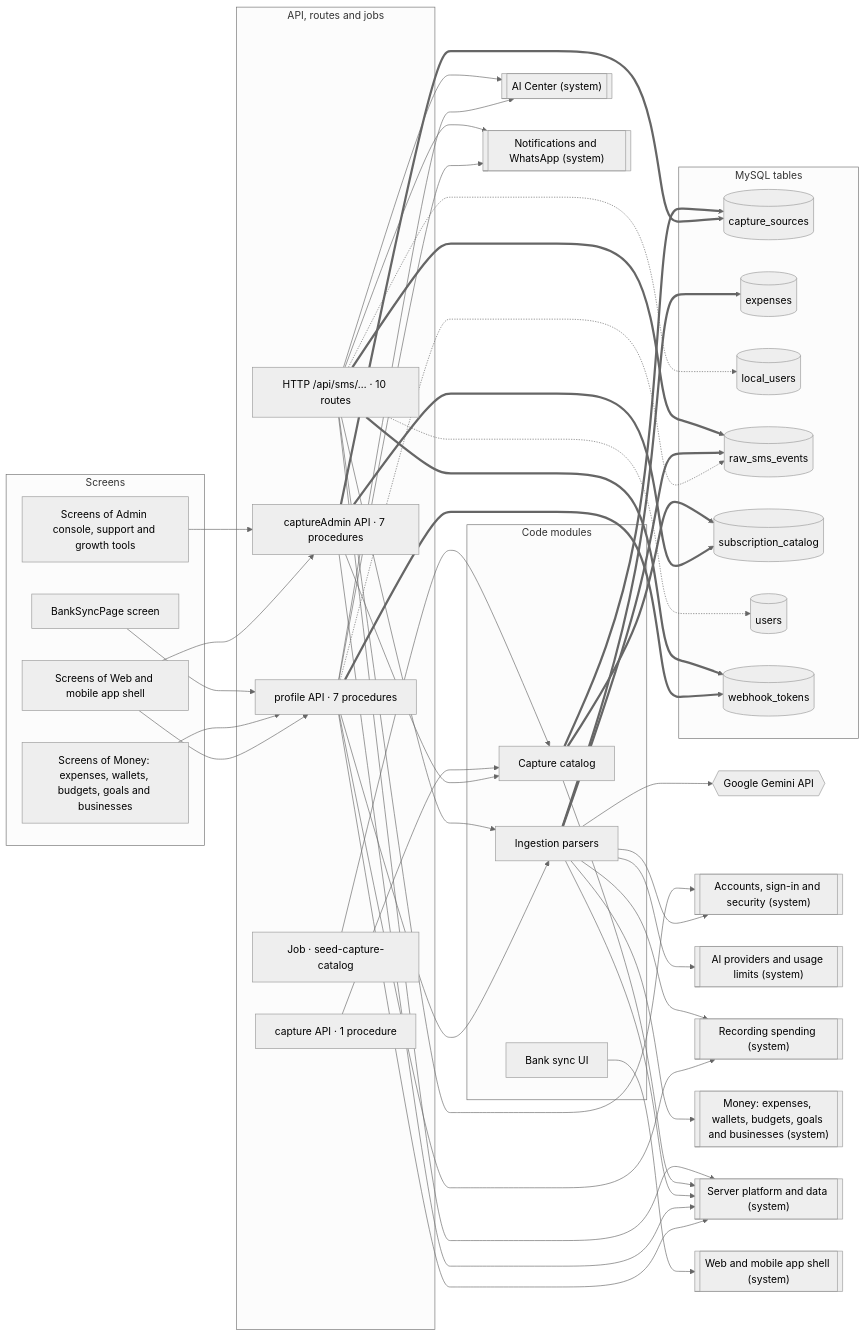
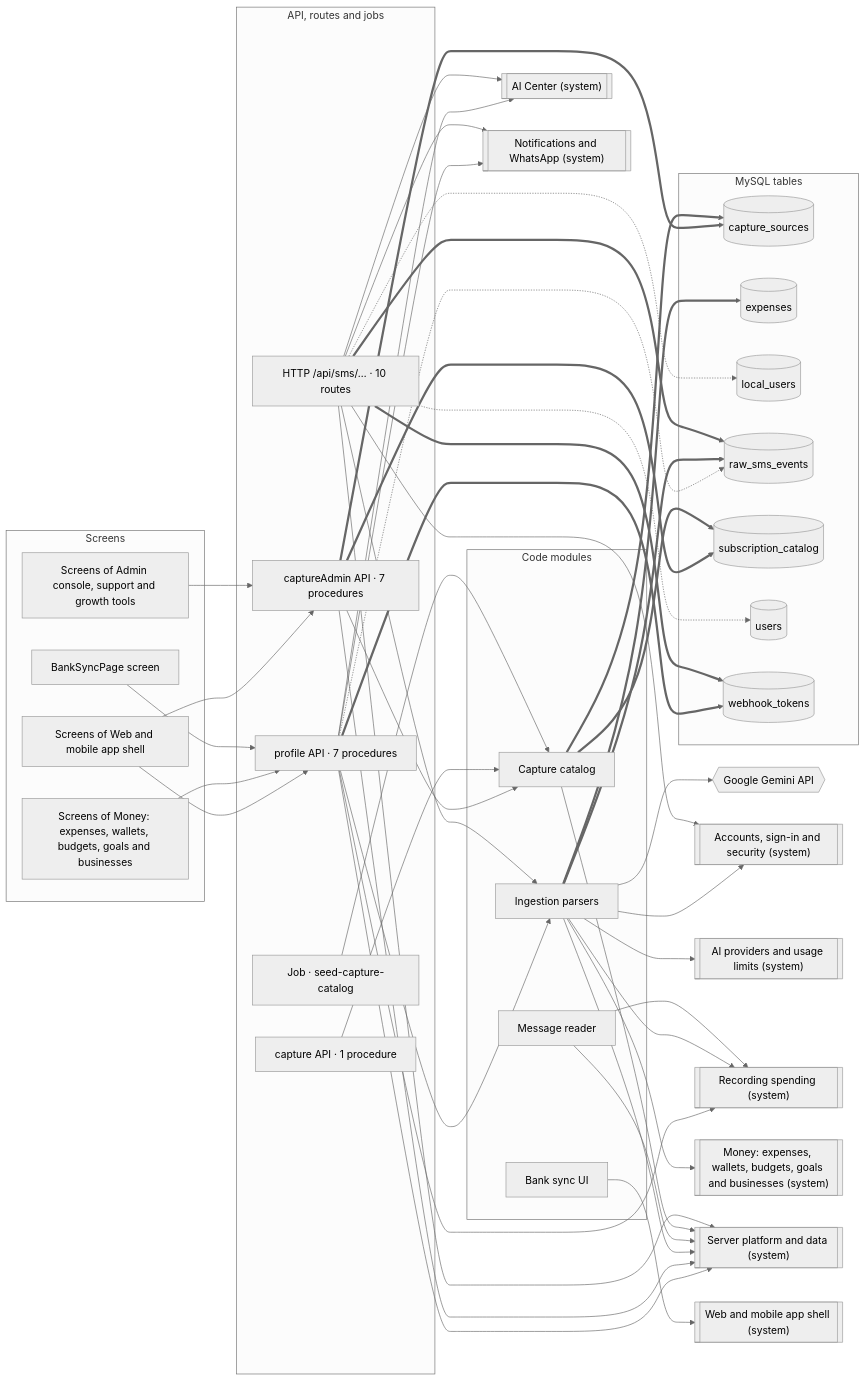
Before and after one commit to mahmoudtaherr111/smartspend_mini_all: the first of 2 diagrams in docs/atlas/systems/bank-messages.md, drawn with Mermaid (neutral theme). The commit also changed other lines of this file and 31 other files, not shown here.

````diff
--- a/docs/atlas/systems/bank-messages.md
+++ b/docs/atlas/systems/bank-messages.md
@@ -13,78 +13,81 @@
 ```mermaid
 flowchart LR
   subgraph g_screens["Screens"]
     page_BankSyncPage["BankSyncPage screen"]
     screens_admin["Screens of Admin console, support and growth tools"]
     screens_money["Screens of Money: expenses, wallets, budgets, goals and businesses"]
     screens_web_app["Screens of Web and mobile app shell"]
   end
   subgraph g_api["API, routes and jobs"]
     http__api_sms["HTTP /api/sms/… · 10 routes"]
     job_seed_capture_catalog["Job · seed-capture-catalog"]
     router_captureAdmin["captureAdmin API · 7 procedures"]
     router_capture["capture API · 1 procedure"]
     router_profile["profile API · 7 procedures"]
   end
   subgraph g_modules["Code modules"]
     mod_capture_catalog["Capture catalog"]
+    mod_capture_reader["Message reader"]
     mod_ingestion_parsers["Ingestion parsers"]
     mod_web_bank_sync["Bank sync UI"]
   end
   subgraph g_tables["MySQL tables"]
     tbl_capture_sources[("capture_sources")]
     tbl_expenses[("expenses")]
     tbl_local_users[("local_users")]
     tbl_raw_sms_events[("raw_sms_events")]
     tbl_subscription_catalog[("subscription_catalog")]
     tbl_users[("users")]
     tbl_webhook_tokens[("webhook_tokens")]
   end
   ext_gemini{{"Google Gemini API"}}
   sys_accounts[["Accounts, sign-in and security (system)"]]
   sys_ai_center[["AI Center (system)"]]
   sys_ai_platform[["AI providers and usage limits (system)"]]
   sys_expense_capture[["Recording spending (system)"]]
   sys_money[["Money: expenses, wallets, budgets, goals and businesses (system)"]]
   sys_notifications[["Notifications and WhatsApp (system)"]]
   sys_platform[["Server platform and data (system)"]]
   sys_web_app[["Web and mobile app shell (system)"]]
   http__api_sms --> mod_ingestion_parsers
   http__api_sms --> sys_accounts
   http__api_sms --> sys_ai_center
   http__api_sms --> sys_notifications
   http__api_sms --> sys_platform
   http__api_sms -.-> tbl_local_users
   http__api_sms -.-> tbl_users
   http__api_sms ==> tbl_raw_sms_events
   http__api_sms ==> tbl_webhook_tokens
   job_seed_capture_catalog --> mod_capture_catalog
   mod_capture_catalog --> sys_platform
   mod_capture_catalog ==> tbl_capture_sources
   mod_capture_catalog ==> tbl_subscription_catalog
+  mod_capture_reader --> sys_expense_capture
+  mod_capture_reader --> sys_platform
   mod_ingestion_parsers --> ext_gemini
   mod_ingestion_parsers --> sys_accounts
   mod_ingestion_parsers --> sys_ai_platform
   mod_ingestion_parsers --> sys_expense_capture
   mod_ingestion_parsers --> sys_money
   mod_ingestion_parsers --> sys_platform
   mod_ingestion_parsers ==> tbl_expenses
   mod_ingestion_parsers ==> tbl_raw_sms_events
   mod_web_bank_sync --> sys_web_app
   page_BankSyncPage --> router_profile
   router_capture --> mod_capture_catalog
   router_captureAdmin --> mod_capture_catalog
   router_captureAdmin --> sys_platform
   router_captureAdmin ==> tbl_capture_sources
   router_captureAdmin ==> tbl_subscription_catalog
   router_profile --> mod_ingestion_parsers
   router_profile --> sys_ai_center
   router_profile --> sys_expense_capture
   router_profile --> sys_notifications
   router_profile --> sys_platform
   router_profile -.-> tbl_raw_sms_events
   router_profile ==> tbl_webhook_tokens
   screens_admin --> router_captureAdmin
   screens_money --> router_profile
   screens_web_app --> router_captureAdmin
   screens_web_app --> router_profile
 ```
````
